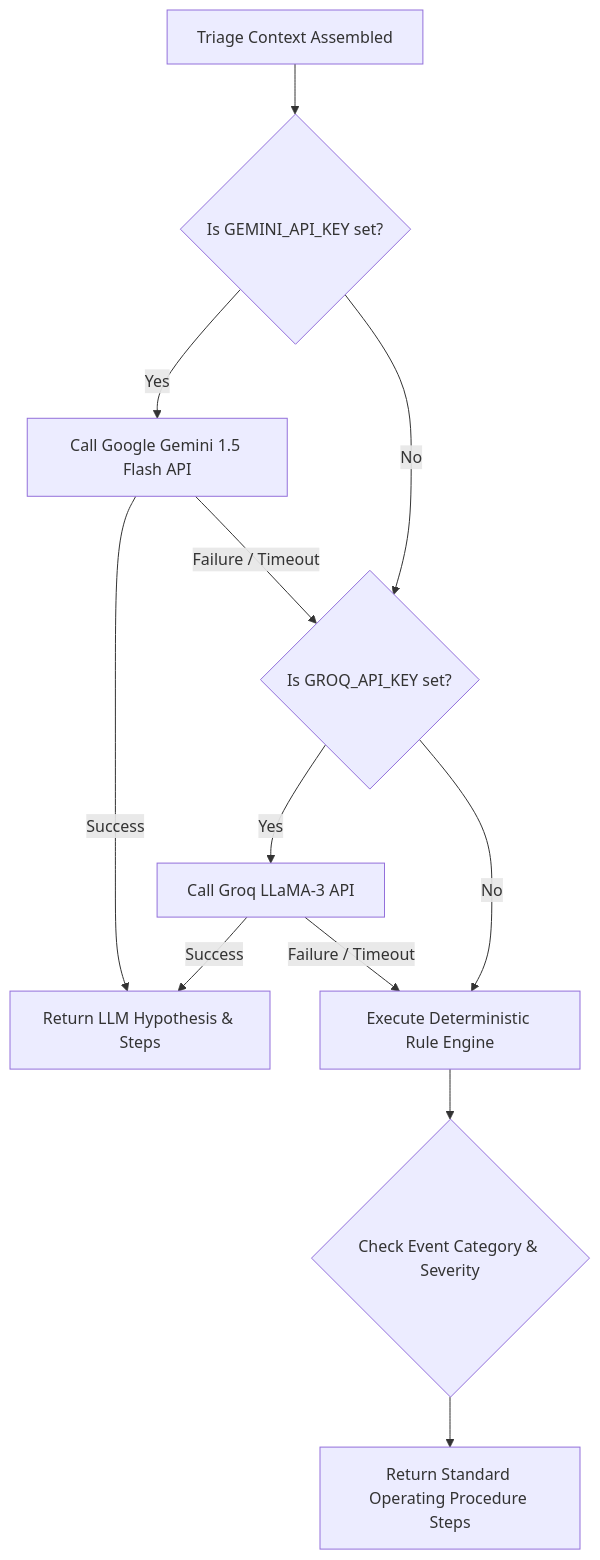
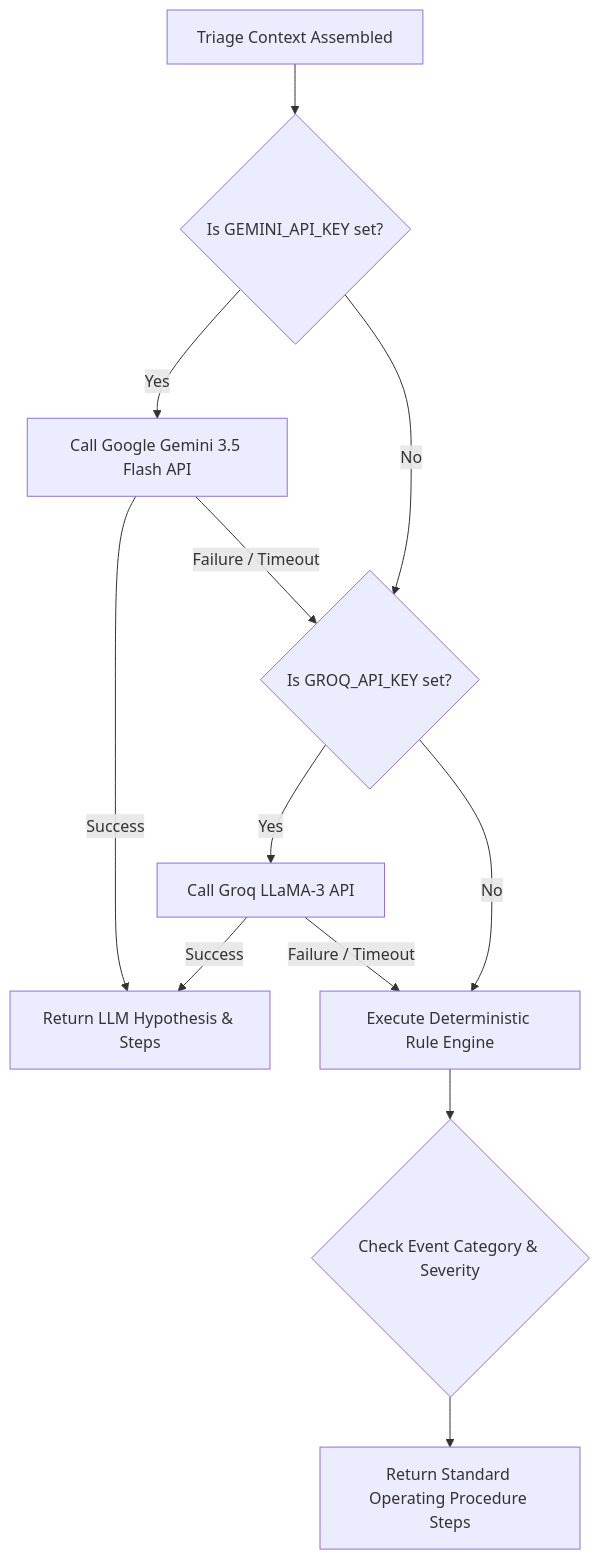
Before and after one commit to sanchiitvijay/noc-ps: the fourth of 4 diagrams in docs/documentation.md, drawn with Mermaid. The commit also changed other lines of this file and 1 other file, not shown here.

Commit message:
docs: correct Gemini model designation to Gemini 3.5 Flash in documentation and architecture diagrams

````diff
--- a/docs/documentation.md
+++ b/docs/documentation.md
@@ -259,16 +259,16 @@
 ```mermaid
 flowchart TD
     Prompt[Triage Context Assembled] --> CheckGemini{Is GEMINI_API_KEY set?}
-    CheckGemini -- Yes --> CallGemini[Call Google Gemini 1.5 Flash API]
+    CheckGemini -- Yes --> CallGemini[Call Google Gemini 3.5 Flash API]
     CallGemini -- Success --> ReturnAI[Return LLM Hypothesis & Steps]
     CallGemini -- Failure / Timeout --> CheckGroq
 
     CheckGemini -- No --> CheckGroq{Is GROQ_API_KEY set?}
     CheckGroq -- Yes --> CallGroq[Call Groq LLaMA-3 API]
     CallGroq -- Success --> ReturnAI
     CallGroq -- Failure / Timeout --> RuleEngine
 
     CheckGroq -- No --> RuleEngine[Execute Deterministic Rule Engine]
     RuleEngine --> MatchSeverity{Check Event Category & Severity}
     MatchSeverity --> ReturnRule[Return Standard Operating Procedure Steps]
 ```
````
